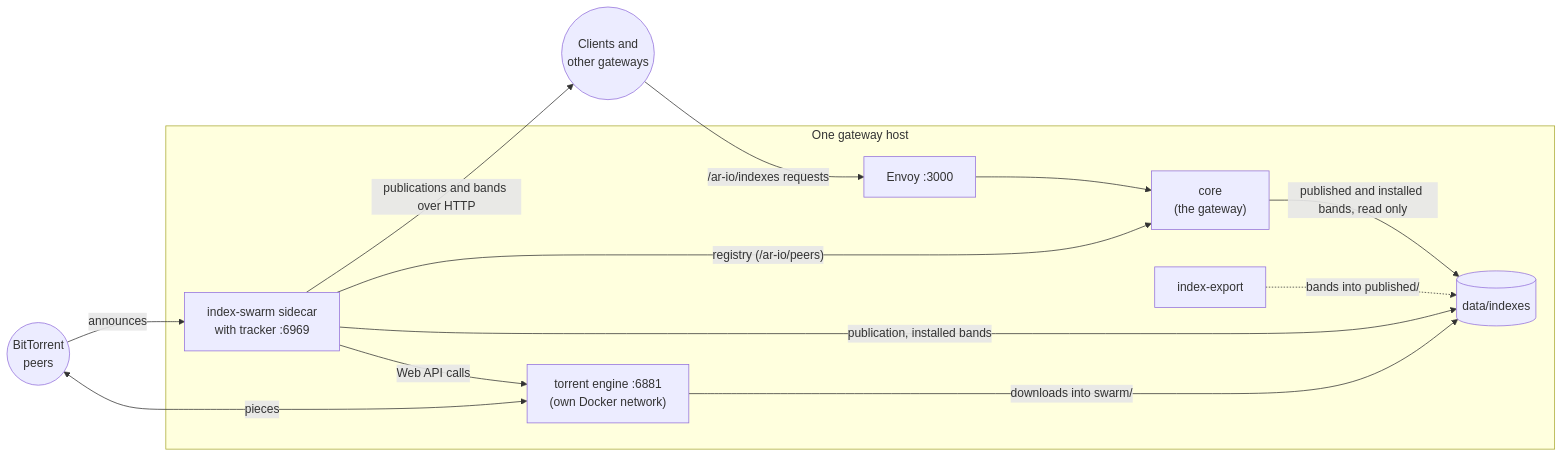
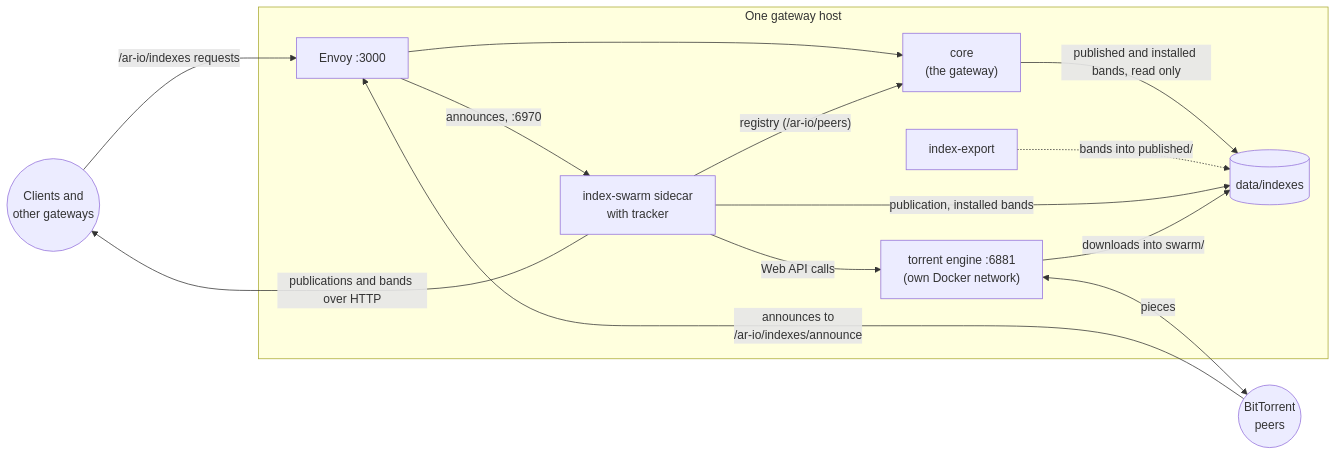
The first of 3 diagrams in docs/index-swarm.md (ar-io/ar-io-node), drawn with Mermaid before and after one commit. The commit also changed other lines of this file and 5 other files, not shown here.

First line of the commit message:
docs: index feeds, and announcing to the tracker through the gateway

````diff
--- a/docs/index-swarm.md
+++ b/docs/index-swarm.md
@@ -189,25 +193,26 @@
 ```mermaid
 flowchart LR
   net(("Clients and<br/>other gateways"))
   peers(("BitTorrent<br/>peers"))
 
   subgraph host["One gateway host"]
     envoy["Envoy :3000"]
     core["core<br/>(the gateway)"]
-    sidecar["index-swarm sidecar<br/>with tracker :6969"]
+    sidecar["index-swarm sidecar<br/>with tracker"]
     engine["torrent engine :6881<br/>(own Docker network)"]
     export["index-export"]
     dir[("data/indexes")]
   end
 
   net -->|"/ar-io/indexes requests"| envoy --> core
   core -->|"published and installed bands, read only"| dir
   export -.->|"bands into published/"| dir
   sidecar -->|"publication, installed bands"| dir
   engine -->|"downloads into swarm/"| dir
   sidecar -->|"registry (/ar-io/peers)"| core
   sidecar -->|"Web API calls"| engine
   sidecar -->|"publications and bands over HTTP"| net
   engine <-->|"pieces"| peers
-  peers -->|"announces"| sidecar
+  peers -->|"announces to<br/>/ar-io/indexes/announce"| envoy
+  envoy -->|"announces, :6970"| sidecar
 ```
````
